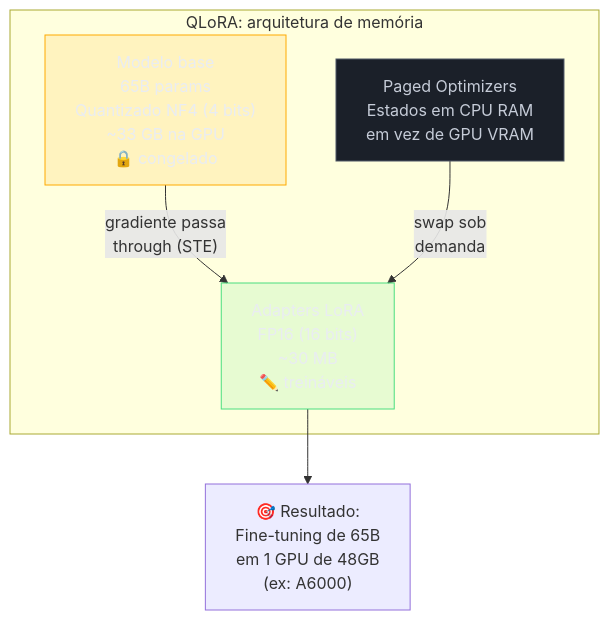
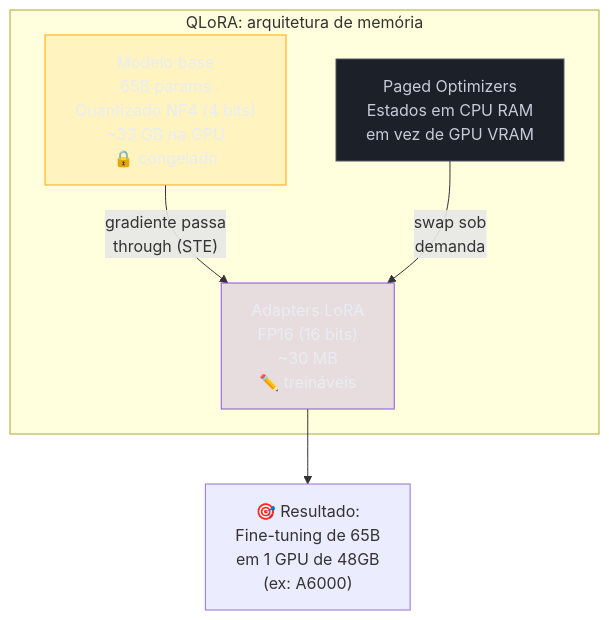
The second of 4 diagrams in 03-Dominios/Tecnologia/IA/Anatomia dos LLMs/21 - Fine-tuning na prática — LoRA, QLoRA, DPO.md (josenaldo/codex-technomanticus), drawn with Mermaid before and after one commit. The commit also changed other lines of this file and 601 other files, not shown here.

````diff
--- a/03-Dominios/Tecnologia/IA/Anatomia dos LLMs/21 - Fine-tuning na prática — LoRA, QLoRA, DPO.md
+++ b/03-Dominios/Tecnologia/IA/Anatomia dos LLMs/21 - Fine-tuning na prática — LoRA, QLoRA, DPO.md
@@ -110,18 +110,18 @@
 ```mermaid
 graph TD
+    classDef marca fill:#8855DF33,stroke:#8855DF,color:#E9ECF2
     classDef destaque fill:#FFAA0024,stroke:#FFAA00,color:#E9ECF2
-    classDef ok fill:#4ADE8021,stroke:#4ADE80,color:#E9ECF2
     classDef neutro fill:#1B2029,stroke:#4E5666,color:#C6CCD8
     subgraph "QLoRA: arquitetura de memória"
         BASE["Modelo base\n65B params\nQuantizado NF4 (4 bits)\n~33 GB na GPU\n🔒 congelado"]
         LORA["Adapters LoRA\nFP16 (16 bits)\n~30 MB\n✏️ treináveis"]
         PAGED["Paged Optimizers\nEstados em CPU RAM\nem vez de GPU VRAM"]
         BASE -- "gradiente passa\nthrough (STE)" --> LORA
         PAGED -- "swap sob\ndemanda" --> LORA
     end
     RESULT["🎯 Resultado:\nFine-tuning de 65B\nem 1 GPU de 48GB\n(ex: A6000)"]
     LORA --> RESULT
     class BASE destaque
-    class LORA ok
+    class LORA marca
     class PAGED neutro
 ```
````
